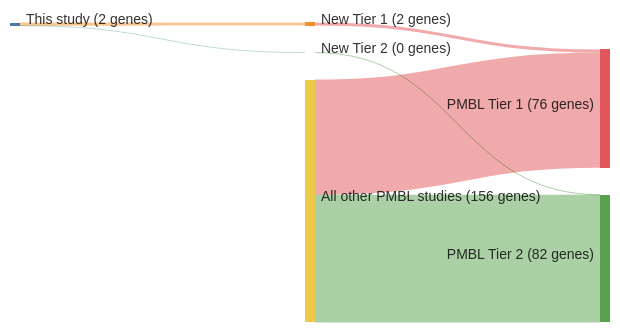
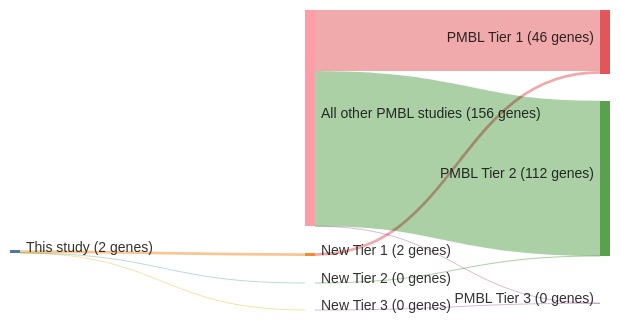
One commit to morinlab/lymphopedia changed the diagram in papers/ottoGeneticLesionsTRAF32012.md. Above: the diagram before and after it, drawn with Mermaid. The commit also changed other lines of this file and 81 other files, not shown here.

````diff
--- a/papers/ottoGeneticLesionsTRAF32012.md
+++ b/papers/ottoGeneticLesionsTRAF32012.md
@@ -12,20 +12,23 @@
 ```mermaid
 ---
 config:
     sankey:
         showValues: true
         linkColor: target
         width: 600
         height: 300
         nodeAlignment: right
         prefix: '('
         suffix: ' genes)'
 ---
 sankey-beta
 This study, New Tier 1, 2
 New Tier 1, PMBL Tier 1, 2
 This study, New Tier 2, 0
 New Tier 2, PMBL Tier 2, 0
-All other PMBL studies, PMBL Tier 1, 74
-All other PMBL studies, PMBL Tier 2, 82
+This study, New Tier 3, 0
+New Tier 3, PMBL Tier 3, 0
+All other PMBL studies, PMBL Tier 1, 44
+All other PMBL studies, PMBL Tier 2, 112
+All other PMBL studies, PMBL Tier 3, 0
 ```
````
